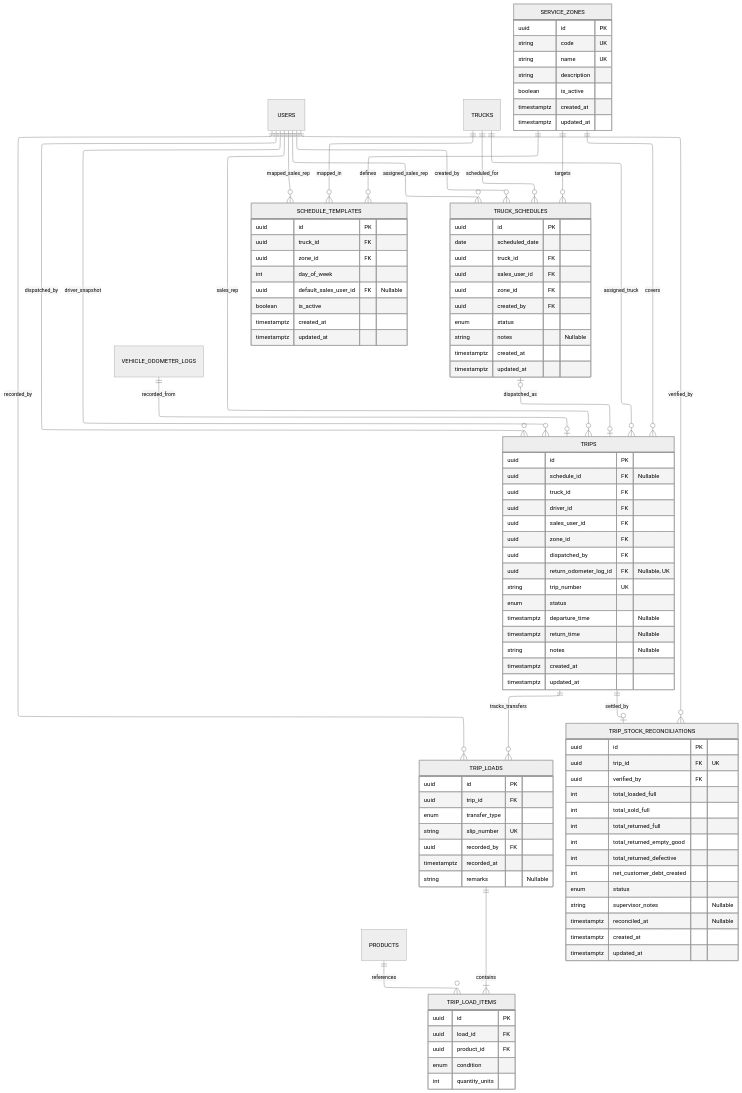
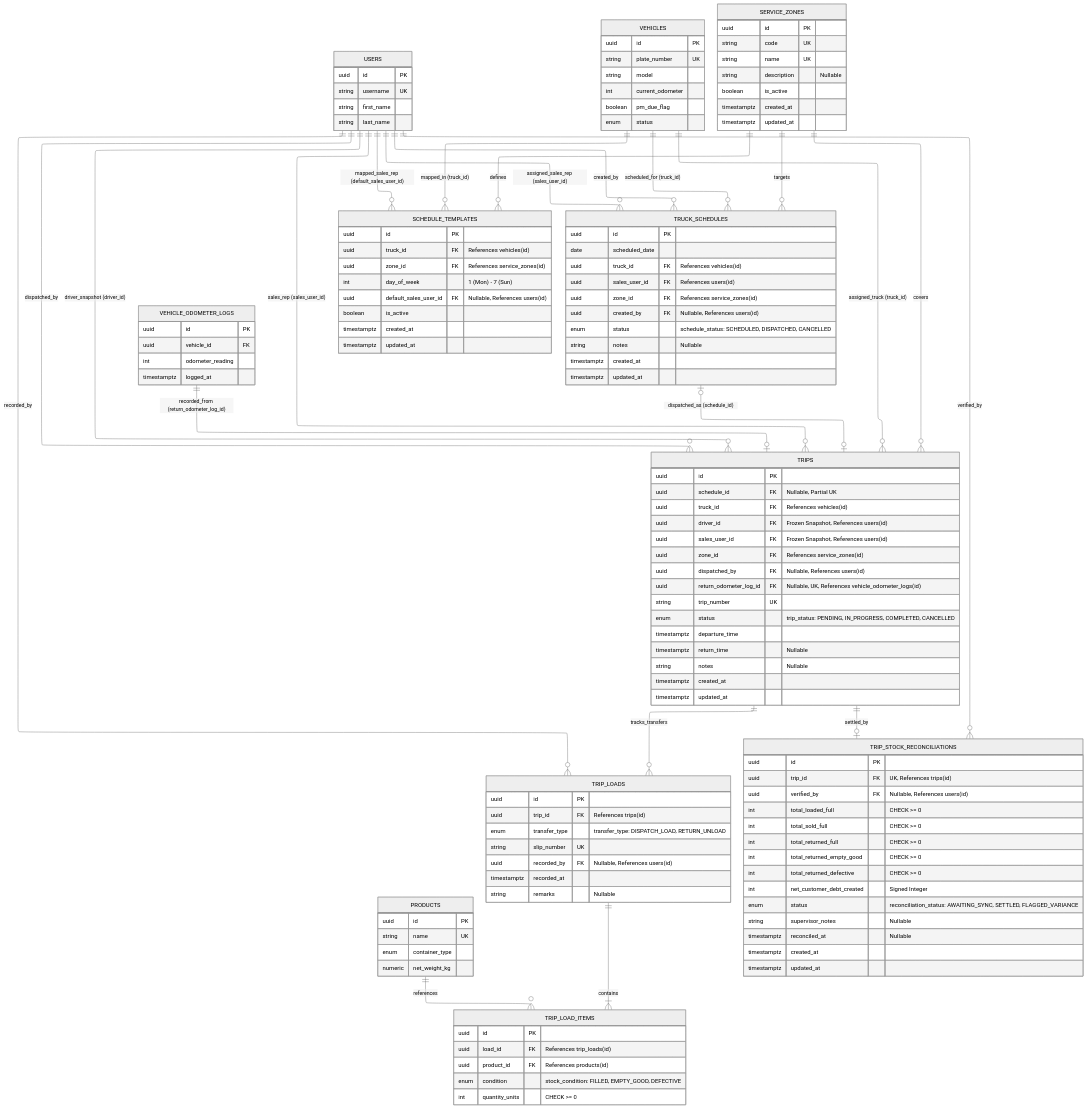
Before and after one commit to madayawgas/madayawgas-backend: the diagram in docs/ERD_mermaid/schedule_and_trip_erd.md, drawn with Mermaid. The commit also changed other lines of this file and 65 other files, not shown here.

Commit message:
added trip subsystem and redo erd

````diff
--- a/docs/ERD_mermaid/schedule_and_trip_erd.md
+++ b/docs/ERD_mermaid/schedule_and_trip_erd.md
@@ -22,15 +37,33 @@
     %% ==========================================
 
     USERS {
+        uuid id PK
+        string username UK
+        string first_name
+        string last_name
     }
 
-    TRUCKS {
+    VEHICLES {
+        uuid id PK
+        string plate_number UK
+        string model
+        int current_odometer
+        boolean pm_due_flag
+        enum status
     }
 
     PRODUCTS {
+        uuid id PK
+        string name UK
+        enum container_type
+        numeric net_weight_kg
     }
 
     VEHICLE_ODOMETER_LOGS {
+        uuid id PK
+        uuid vehicle_id FK
+        int odometer_reading
+        timestamptz logged_at
     }
 
 
@@ -42,7 +75,7 @@
         uuid id PK
         string code UK
         string name UK
-        string description
+        string description "Nullable"
         boolean is_active
         timestamptz created_at
         timestamptz updated_at
@@ -50,10 +83,10 @@
 
     SCHEDULE_TEMPLATES {
         uuid id PK
-        uuid truck_id FK
-        uuid zone_id FK
-        int day_of_week
-        uuid default_sales_user_id FK "Nullable"
+        uuid truck_id FK "References vehicles(id)"
+        uuid zone_id FK "References service_zones(id)"
+        int day_of_week "1 (Mon) - 7 (Sun)"
+        uuid default_sales_user_id FK "Nullable, References users(id)"
         boolean is_active
         timestamptz created_at
         timestamptz updated_at
@@ -62,11 +95,11 @@
     TRUCK_SCHEDULES {
         uuid id PK
         date scheduled_date
-        uuid truck_id FK
-        uuid sales_user_id FK
-        uuid zone_id FK
-        uuid created_by FK
-        enum status
+        uuid truck_id FK "References vehicles(id)"
+        uuid sales_user_id FK "References users(id)"
+        uuid zone_id FK "References service_zones(id)"
+        uuid created_by FK "Nullable, References users(id)"
+        enum status "schedule_status: SCHEDULED, DISPATCHED, CANCELLED"
         string notes "Nullable"
         timestamptz created_at
         timestamptz updated_at
@@ -74,16 +107,16 @@
 
     TRIPS {
         uuid id PK
-        uuid schedule_id FK "Nullable"
-        uuid truck_id FK
-        uuid driver_id FK
-        uuid sales_user_id FK
-        uuid zone_id FK
-        uuid dispatched_by FK
-        uuid return_odometer_log_id FK "Nullable, UK"
+        uuid schedule_id FK "Nullable, Partial UK"
+        uuid truck_id FK "References vehicles(id)"
+        uuid driver_id FK "Frozen Snapshot, References users(id)"
+        uuid sales_user_id FK "Frozen Snapshot, References users(id)"
+        uuid zone_id FK "References service_zones(id)"
+        uuid dispatched_by FK "Nullable, References users(id)"
+        uuid return_odometer_log_id FK "Nullable, UK, References vehicle_odometer_logs(id)"
         string trip_number UK
-        enum status
-        timestamptz departure_time "Nullable"
+        enum status "trip_status: PENDING, IN_PROGRESS, COMPLETED, CANCELLED"
+        timestamptz departure_time
         timestamptz return_time "Nullable"
         string notes "Nullable"
         timestamptz created_at
@@ -92,33 +125,33 @@
 
     TRIP_LOADS {
         uuid id PK
-        uuid trip_id FK
-        enum transfer_type
+        uuid trip_id FK "References trips(id)"
+        enum transfer_type "transfer_type: DISPATCH_LOAD, RETURN_UNLOAD"
         string slip_number UK
-        uuid recorded_by FK
+        uuid recorded_by FK "Nullable, References users(id)"
         timestamptz recorded_at
         string remarks "Nullable"
     }
 
     TRIP_LOAD_ITEMS {
         uuid id PK
-        uuid load_id FK
-        uuid product_id FK
-        enum condition
-        int quantity_units
+        uuid load_id FK "References trip_loads(id)"
+        uuid product_id FK "References products(id)"
+        enum condition "stock_condition: FILLED, EMPTY_GOOD, DEFECTIVE"
+        int quantity_units "CHECK >= 0"
     }
 
     TRIP_STOCK_RECONCILIATIONS {
         uuid id PK
-        uuid trip_id FK "UK"
-        uuid verified_by FK
-        int total_loaded_full
-        int total_sold_full
-        int total_returned_full
-        int total_returned_empty_good
-        int total_returned_defective
-        int net_customer_debt_created
-        enum status
+        uuid trip_id FK "UK, References trips(id)"
+        uuid verified_by FK "Nullable, References users(id)"
+        int total_loaded_full "CHECK >= 0"
+        int total_sold_full "CHECK >= 0"
+        int total_returned_full "CHECK >= 0"
+        int total_returned_empty_good "CHECK >= 0"
+        int total_returned_defective "CHECK >= 0"
+        int net_customer_debt_created "Signed Integer"
+        enum status "reconciliation_status: AWAITING_SYNC, SETTLED, FLAGGED_VARIANCE"
         string supervisor_notes "Nullable"
         timestamptz reconciled_at "Nullable"
         timestamptz created_at
@@ -131,19 +164,19 @@
     %% ==========================================
 
     %% User associations
-    USERS ||--o{ SCHEDULE_TEMPLATES : "mapped_sales_rep"
-    USERS ||--o{ TRUCK_SCHEDULES : "assigned_sales_rep"
+    USERS ||--o{ SCHEDULE_TEMPLATES : "mapped_sales_rep (default_sales_user_id)"
+    USERS ||--o{ TRUCK_SCHEDULES : "assigned_sales_rep (sales_user_id)"
     USERS ||--o{ TRUCK_SCHEDULES : "created_by"
     USERS ||--o{ TRIPS : "dispatched_by"
-    USERS ||--o{ TRIPS : "driver_snapshot"
-    USERS ||--o{ TRIPS : "sales_rep"
+    USERS ||--o{ TRIPS : "driver_snapshot (driver_id)"
+    USERS ||--o{ TRIPS : "sales_rep (sales_user_id)"
     USERS ||--o{ TRIP_LOADS : "recorded_by"
     USERS ||--o{ TRIP_STOCK_RECONCILIATIONS : "verified_by"
 
-    %% Truck associations
-    TRUCKS ||--o{ SCHEDULE_TEMPLATES : "mapped_in"
-    TRUCKS ||--o{ TRUCK_SCHEDULES : "scheduled_for"
-    TRUCKS ||--o{ TRIPS : "assigned_truck"
+    %% Vehicle associations (truck_id points to vehicles.id)
+    VEHICLES ||--o{ SCHEDULE_TEMPLATES : "mapped_in (truck_id)"
+    VEHICLES ||--o{ TRUCK_SCHEDULES : "scheduled_for (truck_id)"
+    VEHICLES ||--o{ TRIPS : "assigned_truck (truck_id)"
 
     %% Service zone routing
     SERVICE_ZONES ||--o{ SCHEDULE_TEMPLATES : "defines"
@@ -151,7 +184,7 @@
     SERVICE_ZONES ||--o{ TRIPS : "covers"
 
     %% Schedule execution
-    TRUCK_SCHEDULES |o--o| TRIPS : "dispatched_as"
+    TRUCK_SCHEDULES |o--o| TRIPS : "dispatched_as (schedule_id)"
 
     %% Inventory movement ledger
     TRIPS ||--o{ TRIP_LOADS : "tracks_transfers"
@@ -162,5 +195,5 @@
     TRIPS ||--o| TRIP_STOCK_RECONCILIATIONS : "settled_by"
 
     %% Fleet maintenance odometer integration
-    VEHICLE_ODOMETER_LOGS ||--o| TRIPS : "recorded_from"
+    VEHICLE_ODOMETER_LOGS ||--o| TRIPS : "recorded_from (return_odometer_log_id)"
 ```
````
